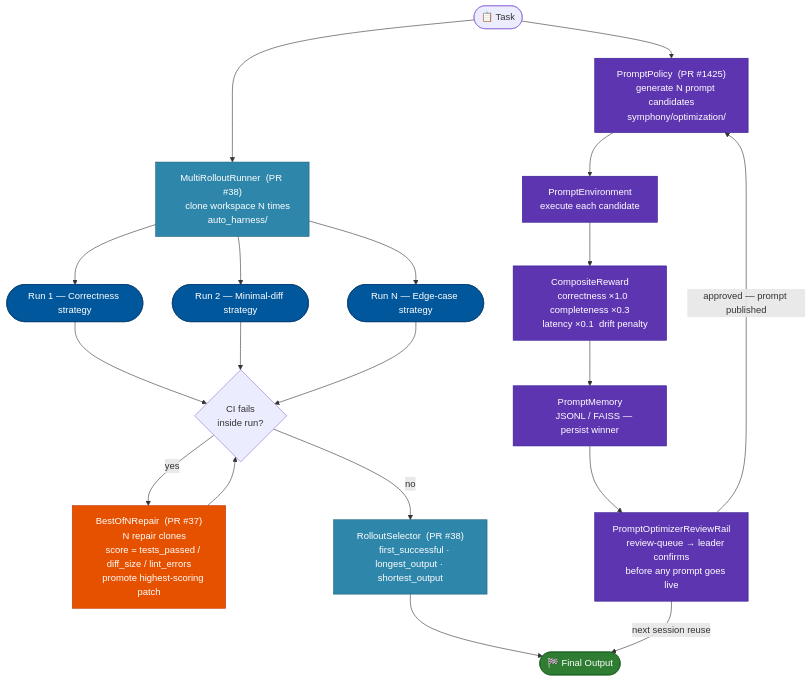
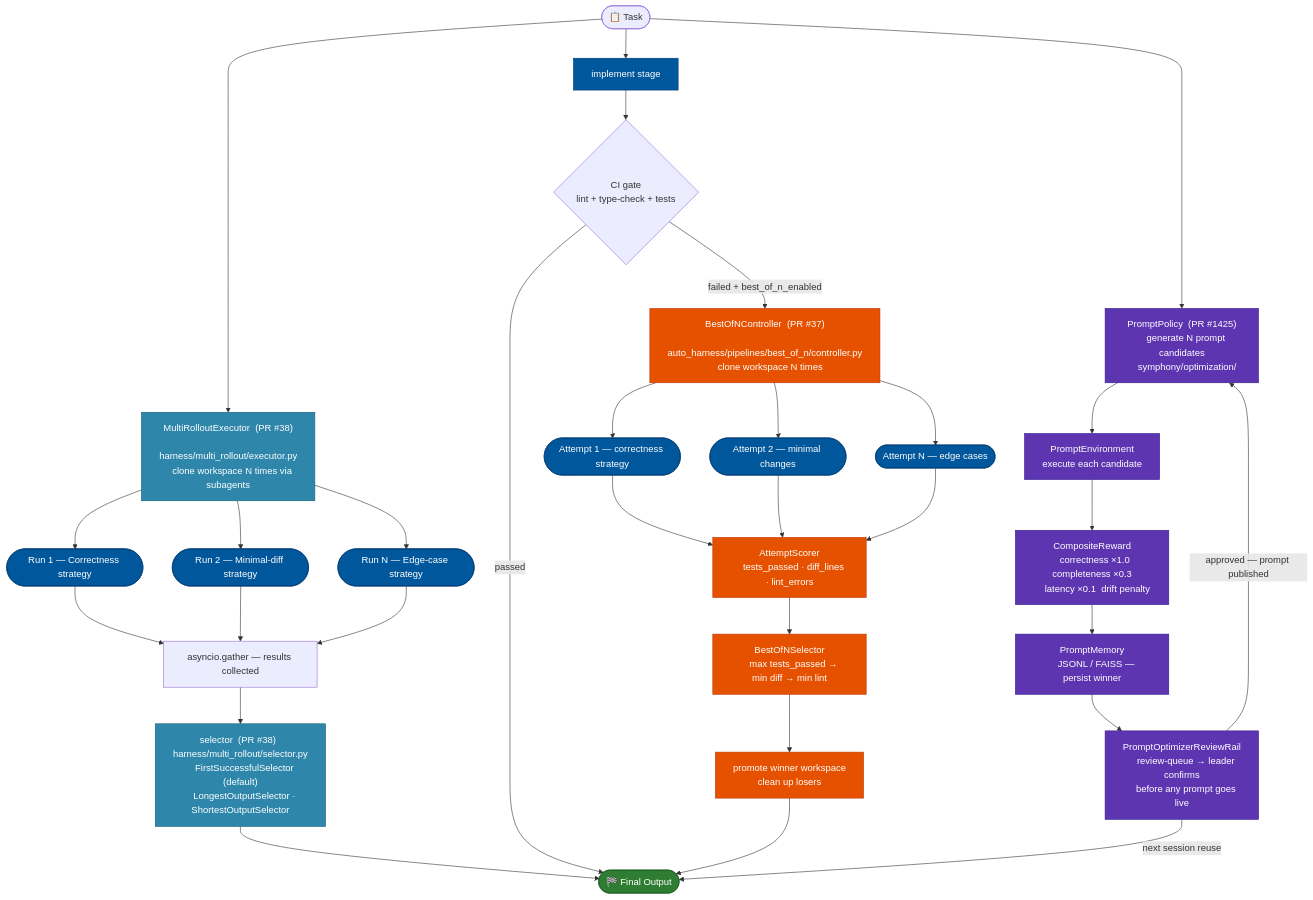
Before and after one commit to michaelatamuk/openjiuwen-jiuwenswarm: the second of 8 diagrams in docs-michael/Implementation.Overview.md, drawn with Mermaid. The commit also changed other lines of this file, not shown here.

````diff
--- a/docs-michael/Implementation.Overview.md
+++ b/docs-michael/Implementation.Overview.md
@@ -286,46 +296,59 @@
 ```mermaid
 flowchart TD
     classDef ac     fill:#2E86AB,color:#fff,stroke:#1a5f7a
     classDef opt    fill:#5E35B1,color:#fff,stroke:#311B92
     classDef run    fill:#01579B,color:#fff,stroke:#003c74
     classDef done   fill:#2E7D32,color:#fff,stroke:#1B5E20
     classDef repair fill:#E65100,color:#fff,stroke:#BF360C
 
     T(["📋 Task"])
 
-    T --> MR["MultiRolloutRunner  (PR #38)
-    clone workspace N times
-    auto_harness/"]:::ac
+    T --> MR["MultiRolloutExecutor  (PR #38)
+    harness/multi_rollout/executor.py
+    clone workspace N times via subagents"]:::ac
 
     MR --> R1(["Run 1 — Correctness strategy"]):::run
     MR --> R2(["Run 2 — Minimal-diff strategy"]):::run
     MR --> RN(["Run N — Edge-case strategy"]):::run
 
-    R1 & R2 & RN --> CI{CI fails\ninside run?}
+    R1 & R2 & RN --> GATHER["asyncio.gather — results collected"]
 
-    CI -->|yes| BON["BestOfNRepair  (PR #37)
-    N repair clones
-    score = tests_passed / diff_size / lint_errors
-    promote highest-scoring patch"]:::repair
-    BON --> CI
+    GATHER --> SEL["selector  (PR #38)  harness/multi_rollout/selector.py
+    FirstSuccessfulSelector (default)
+    LongestOutputSelector · ShortestOutputSelector"]:::ac
+    SEL --> OUT(["🏁 Final Output"]):::done
 
-    CI -->|no| SEL["RolloutSelector  (PR #38)
-    first_successful · longest_output · shortest_output"]:::ac
-    SEL --> OUT(["🏁 Final Output"]):::done
+    T --> IMPL["implement stage"]:::run
+    IMPL --> CI{"CI gate
+    lint + type-check + tests"}
+    CI -->|passed| OUT
+    CI -->|failed + best_of_n_enabled| BON["BestOfNController  (PR #37)
+    auto_harness/pipelines/best_of_n/controller.py
+    clone workspace N times"]:::repair
+    BON --> A1(["Attempt 1 — correctness strategy"]):::run
+    BON --> A2(["Attempt 2 — minimal changes"]):::run
+    BON --> AN(["Attempt N — edge cases"]):::run
+    A1 & A2 & AN --> SCORE["AttemptScorer
+    tests_passed · diff_lines · lint_errors"]:::repair
+    SCORE --> PICK["BestOfNSelector
+    max tests_passed → min diff → min lint"]:::repair
+    PICK --> PROMOTE["promote winner workspace
+    clean up losers"]:::repair
+    PROMOTE --> OUT
 
     T --> PP["PromptPolicy  (PR #1425)
     generate N prompt candidates
     symphony/optimization/"]:::opt
     PP --> PE["PromptEnvironment
     execute each candidate"]:::opt
     PE --> CR["CompositeReward
     correctness ×1.0  completeness ×0.3
     latency ×0.1  drift penalty"]:::opt
     CR --> PM["PromptMemory
     JSONL / FAISS — persist winner"]:::opt
     PM --> RQ["PromptOptimizerReviewRail
     review-queue → leader confirms
     before any prompt goes live"]:::opt
     RQ -->|"approved — prompt published"| PP
     RQ -->|"next session reuse"| OUT
 ```
````
